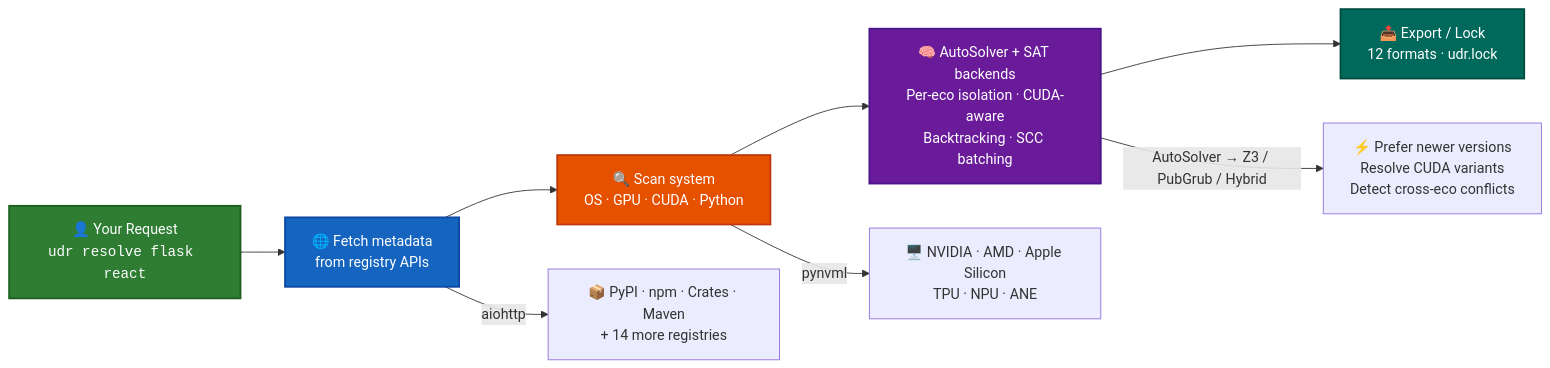
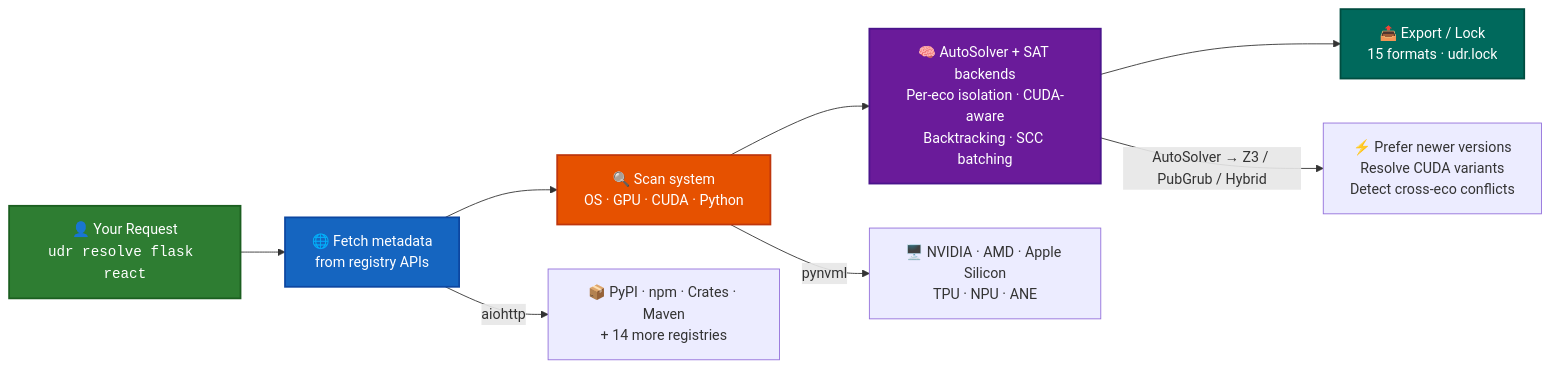
Before and after one commit to code-with-zeeshan/universal-dependency-resolver: the diagram in README.md, drawn with Mermaid. The commit also changed other lines of this file and 7 other files, not shown here.

````diff
--- a/README.md
+++ b/README.md
@@ -210,18 +204,18 @@
 ```mermaid
 flowchart LR
     A["👤 Your Request<br/><code>udr resolve flask react</code>"] --> B
     B["🌐 Fetch metadata<br/>from registry APIs"] --> C
     C["🔍 Scan system<br/>OS · GPU · CUDA · Python"] --> D
     D["🧠 AutoSolver + SAT backends<br/>Per-eco isolation · CUDA-aware<br/>Backtracking · SCC batching"] --> E
-    E["📤 Export / Lock<br/>12 formats · udr.lock"]
+    E["📤 Export / Lock<br/>15 formats · udr.lock"]
 
     B -->|"aiohttp"| F["📦 PyPI · npm · Crates · Maven<br/>+ 14 more registries"]
     C -->|"pynvml"| G["🖥️ NVIDIA · AMD · Apple Silicon<br/>TPU · NPU · ANE"]
     D -->|"AutoSolver → Z3 / PubGrub / Hybrid"| H["⚡ Prefer newer versions<br/>Resolve CUDA variants<br/>Detect cross-eco conflicts"]
 
     style A fill:#2e7d32,color:#fff,stroke:#1b5e20,stroke-width:2px
     style B fill:#1565c0,color:#fff,stroke:#0d47a1,stroke-width:2px
     style C fill:#e65100,color:#fff,stroke:#bf360c,stroke-width:2px
     style D fill:#6a1b9a,color:#fff,stroke:#4a148c,stroke-width:2px
     style E fill:#00695c,color:#fff,stroke:#004d40,stroke-width:2px
 ```
````
